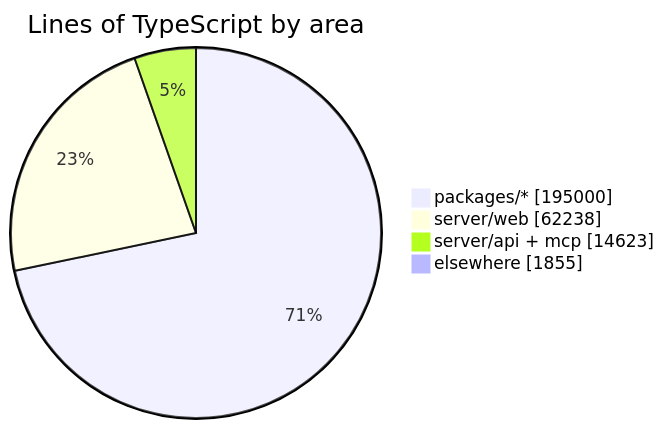
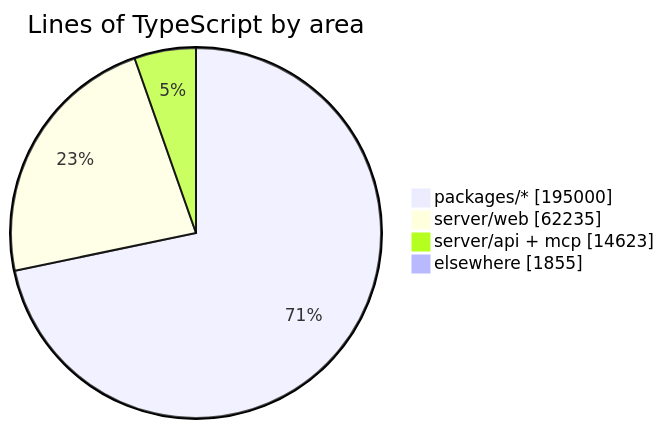
The diagram in README.md (crossworks-engineering/mantle), drawn with Mermaid before and after one commit. The commit also changed other lines of this file and 2 other files, not shown here.

````diff
--- a/README.md
+++ b/README.md
@@ -287,7 +287,7 @@
 ```mermaid
 pie showData title Lines of TypeScript by area
     "packages/*" : 195000
-    "server/web" : 62238
+    "server/web" : 62235
     "server/api + mcp" : 14623
     "elsewhere" : 1855
 ```
````
